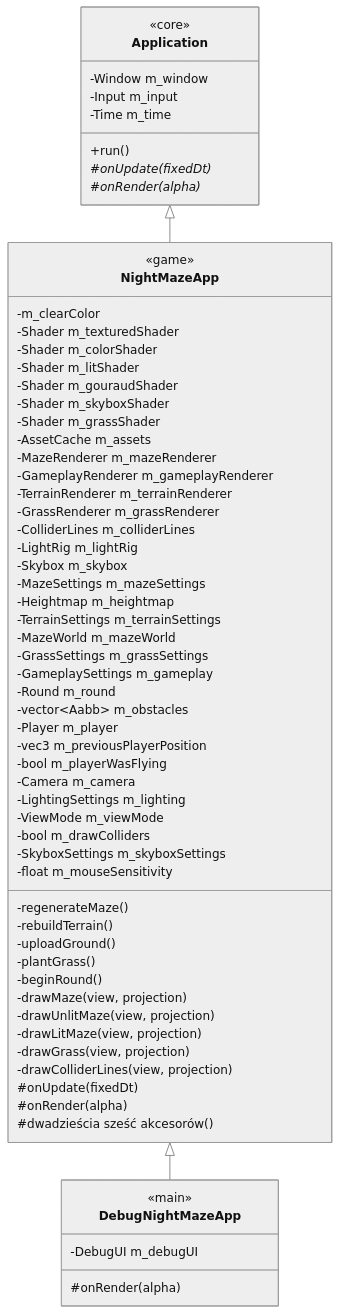
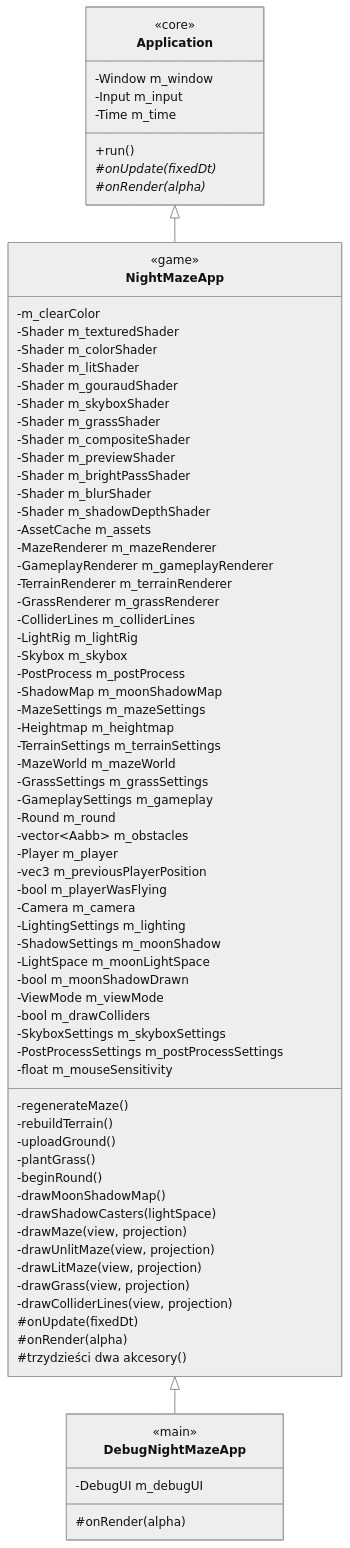
One commit to Shironex/night-maze changed the third of 3 diagrams in docs/modules/core/README.md. Above: the diagram before and after it, drawn with Mermaid (neutral theme). The commit also changed other lines of this file and 90 other files, not shown here.

Commit message:
feat(game): cast moon shadows with a shadow map, pcf and bias

````diff
--- a/docs/modules/core/README.md
+++ b/docs/modules/core/README.md
@@ -1182,67 +1266,80 @@
 ```mermaid
 classDiagram
     class Application {
         <<core>>
         -Window m_window
         -Input m_input
         -Time m_time
         +run()
         #onUpdate(fixedDt)*
         #onRender(alpha)*
     }
     class NightMazeApp {
         <<game>>
         -m_clearColor
         -Shader m_texturedShader
         -Shader m_colorShader
         -Shader m_litShader
         -Shader m_gouraudShader
         -Shader m_skyboxShader
         -Shader m_grassShader
+        -Shader m_compositeShader
+        -Shader m_previewShader
+        -Shader m_brightPassShader
+        -Shader m_blurShader
+        -Shader m_shadowDepthShader
         -AssetCache m_assets
         -MazeRenderer m_mazeRenderer
         -GameplayRenderer m_gameplayRenderer
         -TerrainRenderer m_terrainRenderer
         -GrassRenderer m_grassRenderer
         -ColliderLines m_colliderLines
         -LightRig m_lightRig
         -Skybox m_skybox
+        -PostProcess m_postProcess
+        -ShadowMap m_moonShadowMap
         -MazeSettings m_mazeSettings
         -Heightmap m_heightmap
         -TerrainSettings m_terrainSettings
         -MazeWorld m_mazeWorld
         -GrassSettings m_grassSettings
         -GameplaySettings m_gameplay
         -Round m_round
         -vector~Aabb~ m_obstacles
         -Player m_player
         -vec3 m_previousPlayerPosition
         -bool m_playerWasFlying
         -Camera m_camera
         -LightingSettings m_lighting
+        -ShadowSettings m_moonShadow
+        -LightSpace m_moonLightSpace
+        -bool m_moonShadowDrawn
         -ViewMode m_viewMode
         -bool m_drawColliders
         -SkyboxSettings m_skyboxSettings
+        -PostProcessSettings m_postProcessSettings
         -float m_mouseSensitivity
         -regenerateMaze()
         -rebuildTerrain()
         -uploadGround()
         -plantGrass()
         -beginRound()
+        -drawMoonShadowMap()
+        -drawShadowCasters(lightSpace)
         -drawMaze(view, projection)
         -drawUnlitMaze(view, projection)
         -drawLitMaze(view, projection)
         -drawGrass(view, projection)
         -drawColliderLines(view, projection)
         #onUpdate(fixedDt)
         #onRender(alpha)
-        #dwadzieścia sześć akcesorów()
+        #trzydzieści dwa akcesory()
     }
     class DebugNightMazeApp {
         <<main>>
         -DebugUI m_debugUI
         #onRender(alpha)
     }
     Application <|-- NightMazeApp
     NightMazeApp <|-- DebugNightMazeApp
 ```
````
